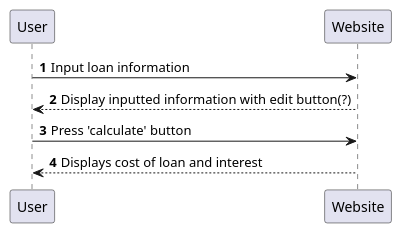
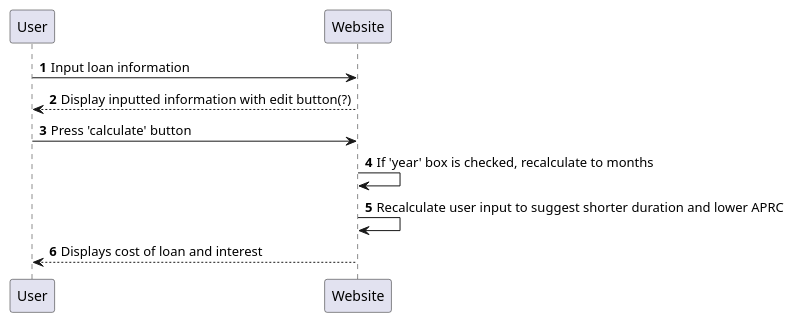
Before and after one commit to jonbertelsen/lifehackB: the diagram in documentation/loancalc/sequence diagram.puml, drawn with PlantUML. The commit also changed 1 other file, not shown here.

Commit message:
Diagrams done

```diff
--- a/documentation/loancalc/sequence diagram.puml
+++ b/documentation/loancalc/sequence diagram.puml
@@ -1,11 +1,15 @@
 @startuml
 'https://plantuml.com/sequence-diagram
 
 autonumber
 
 User -> Website: Input loan information
 Website --> User: Display inputted information with edit button(?)
 
 User -> Website: Press 'calculate' button
+Website -> Website: If 'year' box is checked, recalculate to months
+Website -> Website: Recalculate user input to suggest shorter duration and lower APRC
 Website --> User: Displays cost of loan and interest
+
+
 @enduml
```
